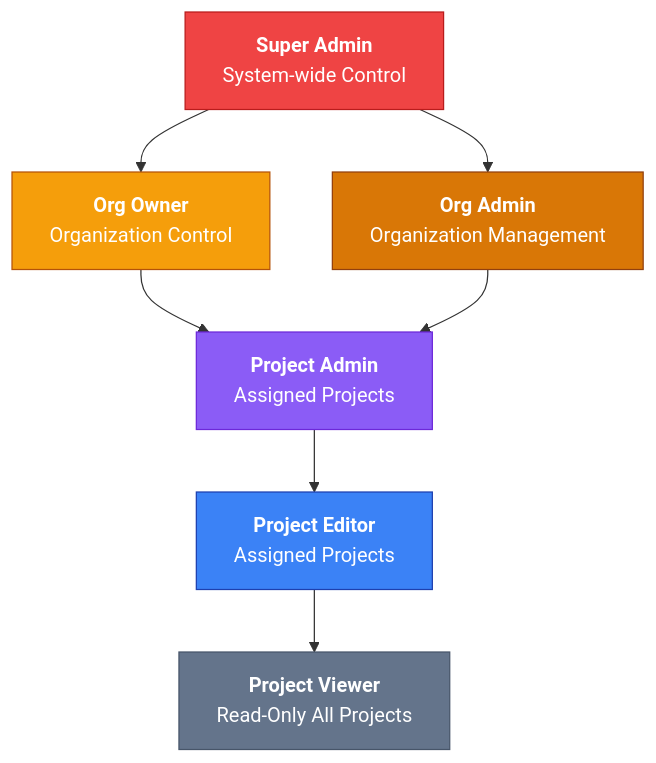
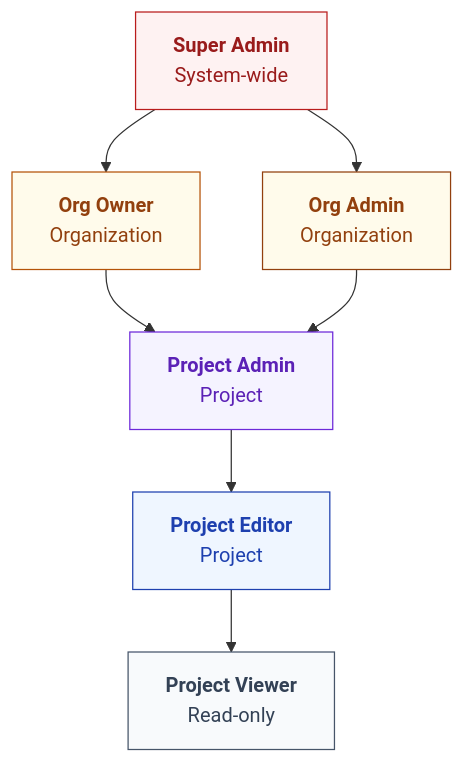
Before and after one commit to supercheck-io/supercheck: the diagram in docs/content/docs/app/admin/roles-and-permissions.mdx, drawn with Mermaid. The commit also changed 15 other files, not shown here.

First line of the commit message:
docs: unify diagram styling and add AI SRE to architecture (#309)

````diff
--- a/docs/content/docs/app/admin/roles-and-permissions.mdx
+++ b/docs/content/docs/app/admin/roles-and-permissions.mdx
@@ -26,23 +26,23 @@
 ```mermaid
 graph TD
-    SA["<b>Super Admin</b><br/>System-wide Control"]
-    OO["<b>Org Owner</b><br/>Organization Control"]
-    OA["<b>Org Admin</b><br/>Organization Management"]
-    PA["<b>Project Admin</b><br/>Assigned Projects"]
-    PE["<b>Project Editor</b><br/>Assigned Projects"]
-    PV["<b>Project Viewer</b><br/>Read-Only All Projects"]
+    SA["<b>Super Admin</b><br/>System-wide"]
+    OO["<b>Org Owner</b><br/>Organization"]
+    OA["<b>Org Admin</b><br/>Organization"]
+    PA["<b>Project Admin</b><br/>Project"]
+    PE["<b>Project Editor</b><br/>Project"]
+    PV["<b>Project Viewer</b><br/>Read-only"]
 
     SA --> OO
     SA --> OA
     OO --> PA
     OA --> PA
     PA --> PE
     PE --> PV
 
-    style SA fill:#ef4444,stroke:#b91c1c,color:#fff
-    style OO fill:#f59e0b,stroke:#b45309,color:#fff
-    style OA fill:#d97706,stroke:#92400e,color:#fff
-    style PA fill:#8b5cf6,stroke:#6d28d9,color:#fff
-    style PE fill:#3b82f6,stroke:#1e40af,color:#fff
-    style PV fill:#64748b,stroke:#475569,color:#fff
+    style SA fill:#fef2f2,stroke:#b91c1c,color:#991b1b
+    style OO fill:#fffbeb,stroke:#b45309,color:#92400e
+    style OA fill:#fffbeb,stroke:#92400e,color:#92400e
+    style PA fill:#f5f3ff,stroke:#6d28d9,color:#5b21b6
+    style PE fill:#eff6ff,stroke:#1e40af,color:#1e40af
+    style PV fill:#f8fafc,stroke:#475569,color:#334155
 ```
````
